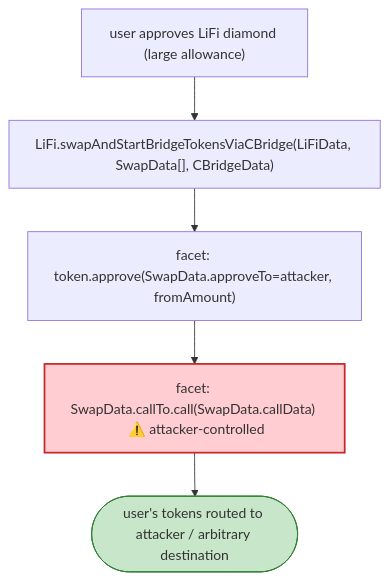
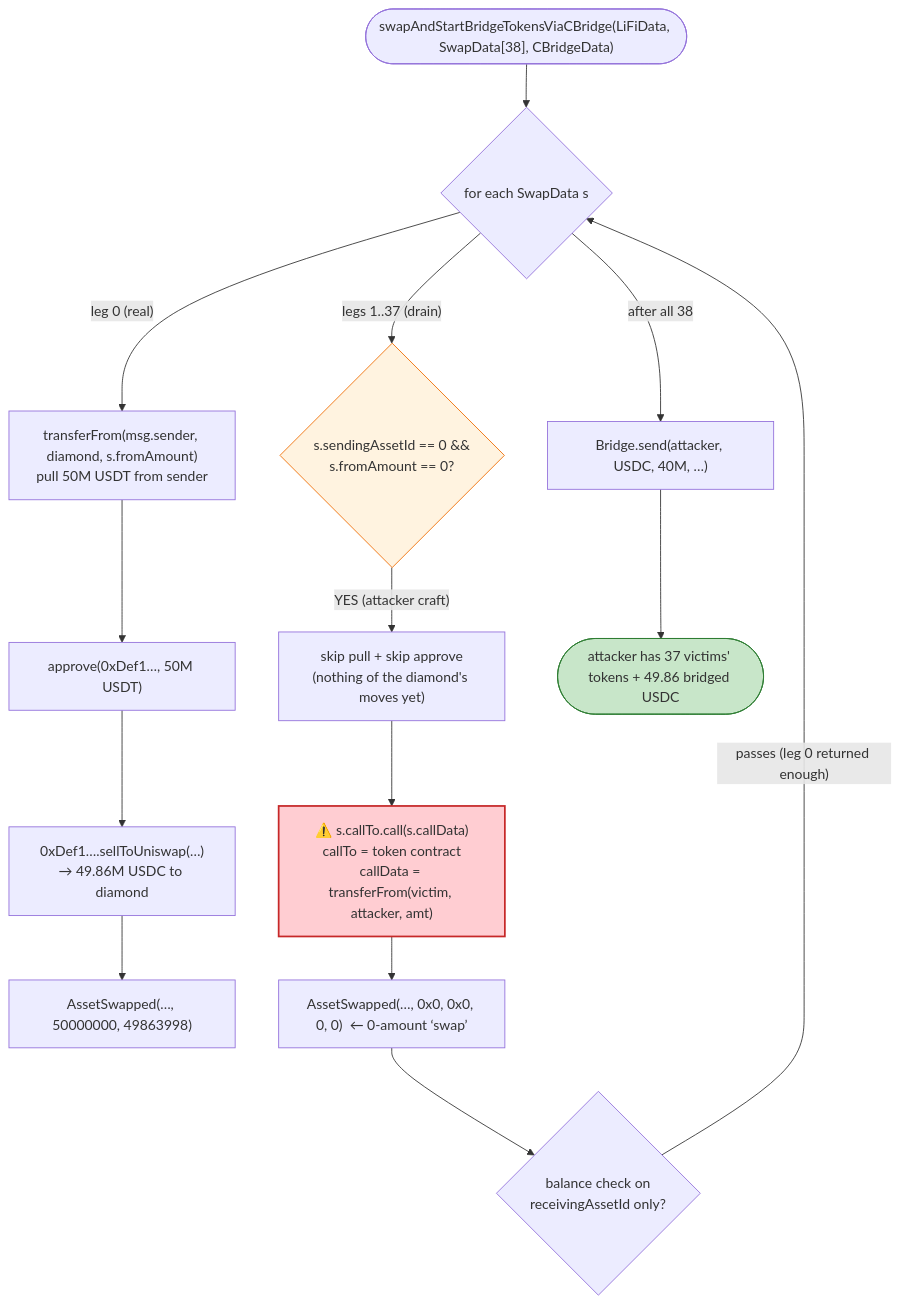
Before and after one commit to sanbir/evm-hack-registry: the second of 3 diagrams in 2022-03-LiFi_exp/LiFi_exp.md, drawn with Mermaid. The commit also changed other lines of this file and 52 other files, not shown here.

````diff
--- a/2022-03-LiFi_exp/LiFi_exp.md
+++ b/2022-03-LiFi_exp/LiFi_exp.md
@@ -55,10 +407,20 @@
 ```mermaid
 flowchart TD
-    U["user approves LiFi diamond (large allowance)"] --> S["LiFi.swapAndStartBridgeTokensViaCBridge(LiFiData, SwapData[], CBridgeData)"]
-    S --> AP["facet: token.approve(SwapData.approveTo=attacker, fromAmount)"]
-    AP --> CALL["facet: SwapData.callTo.call(SwapData.callData)  ⚠️ attacker-controlled"]
-    CALL --> OUT(["user's tokens routed to attacker / arbitrary destination"])
+    Start(["swapAndStartBridgeTokensViaCBridge(LiFiData, SwapData[38], CBridgeData)"]) --> Loop{"for each SwapData s"}
+    Loop -- "leg 0 (real)" --> Pull["transferFrom(msg.sender, diamond, s.fromAmount)<br/>pull 50M USDT from sender"]
+    Pull --> Approve0["approve(0xDef1…, 50M USDT)"]
+    Approve0 --> Call0["0xDef1….sellToUniswap(…)<br/>→ 49.86M USDC to diamond"]
+    Call0 --> Emit0["AssetSwapped(…, 50000000, 49863998)"]
+    Loop -- "legs 1..37 (drain)" --> Skip{"s.sendingAssetId == 0 &&<br/>s.fromAmount == 0?"}
+    Skip -- "YES (attacker craft)" --> NoPull["skip pull + skip approve<br/>(nothing of the diamond's moves yet)"]
+    NoPull --> CallX["⚠️ s.callTo.call(s.callData)<br/>callTo = token contract<br/>callData = transferFrom(victim, attacker, amt)"]
+    CallX --> EmitX["AssetSwapped(…, 0x0, 0x0, 0, 0)  ← 0-amount ‘swap’"]
+    EmitX --> Check{"balance check on<br/>receivingAssetId only?"}
+    Check -- "passes (leg 0 returned enough)" --> Loop
+    Loop -- "after all 38" --> Bridge["Bridge.send(attacker, USDC, 40M, …)"]
+    Bridge --> Done(["attacker has 37 victims' tokens + 49.86 bridged USDC"])
 
-    style CALL fill:#ffcdd2,stroke:#c62828,stroke-width:2px
-    style OUT fill:#c8e6c9,stroke:#2e7d32
+    style CallX fill:#ffcdd2,stroke:#c62828,stroke-width:2px
+    style Done fill:#c8e6c9,stroke:#2e7d32
+    style Skip fill:#fff3e0,stroke:#ef6c00
 ```
````
